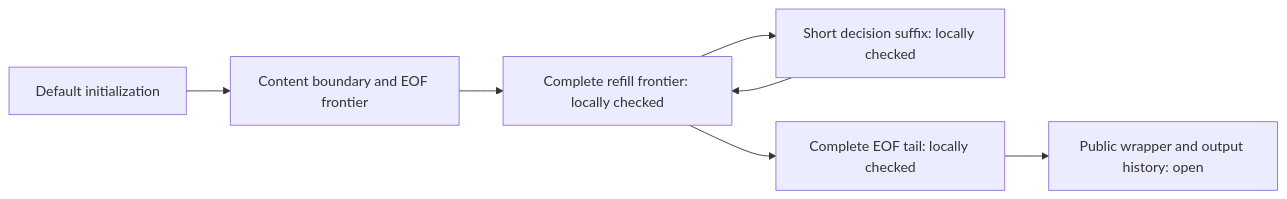
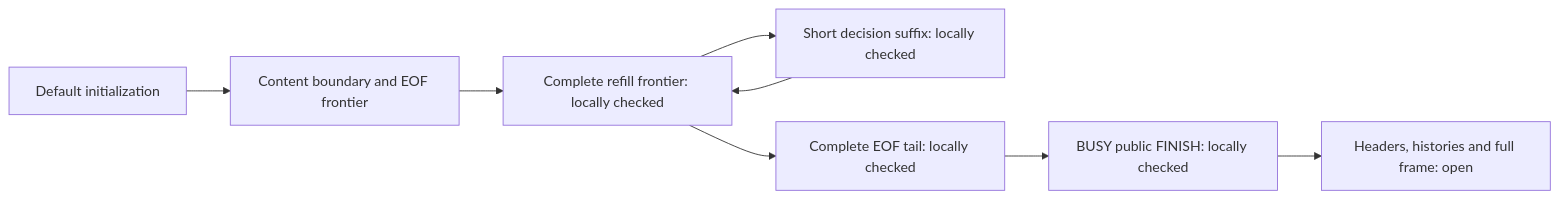
Before and after one commit to cla7aye15I4nd/zlib-f: the fourth of 4 diagrams in docs/overview.md, drawn with Mermaid. The commit also changed other lines of this file and 9 other files, not shown here.

Commit message:
Connect default public FINISH entry through the actual slow strategy and trailer

````diff
--- a/docs/overview.md
+++ b/docs/overview.md
@@ -1611,9 +1633,10 @@
 ```mermaid
 flowchart LR
   Init["Default initialization"] --> Entry["Content boundary and EOF frontier"]
   Entry --> Refill["Complete refill frontier: locally checked"]
   Refill --> Decide["Short decision suffix: locally checked"]
   Decide --> Refill
   Refill --> Tail["Complete EOF tail: locally checked"]
-  Tail --> Public["Public wrapper and output history: open"]
+  Tail --> Public["BUSY public FINISH: locally checked"]
+  Public --> History["Headers, histories and full frame: open"]
 ```
````
